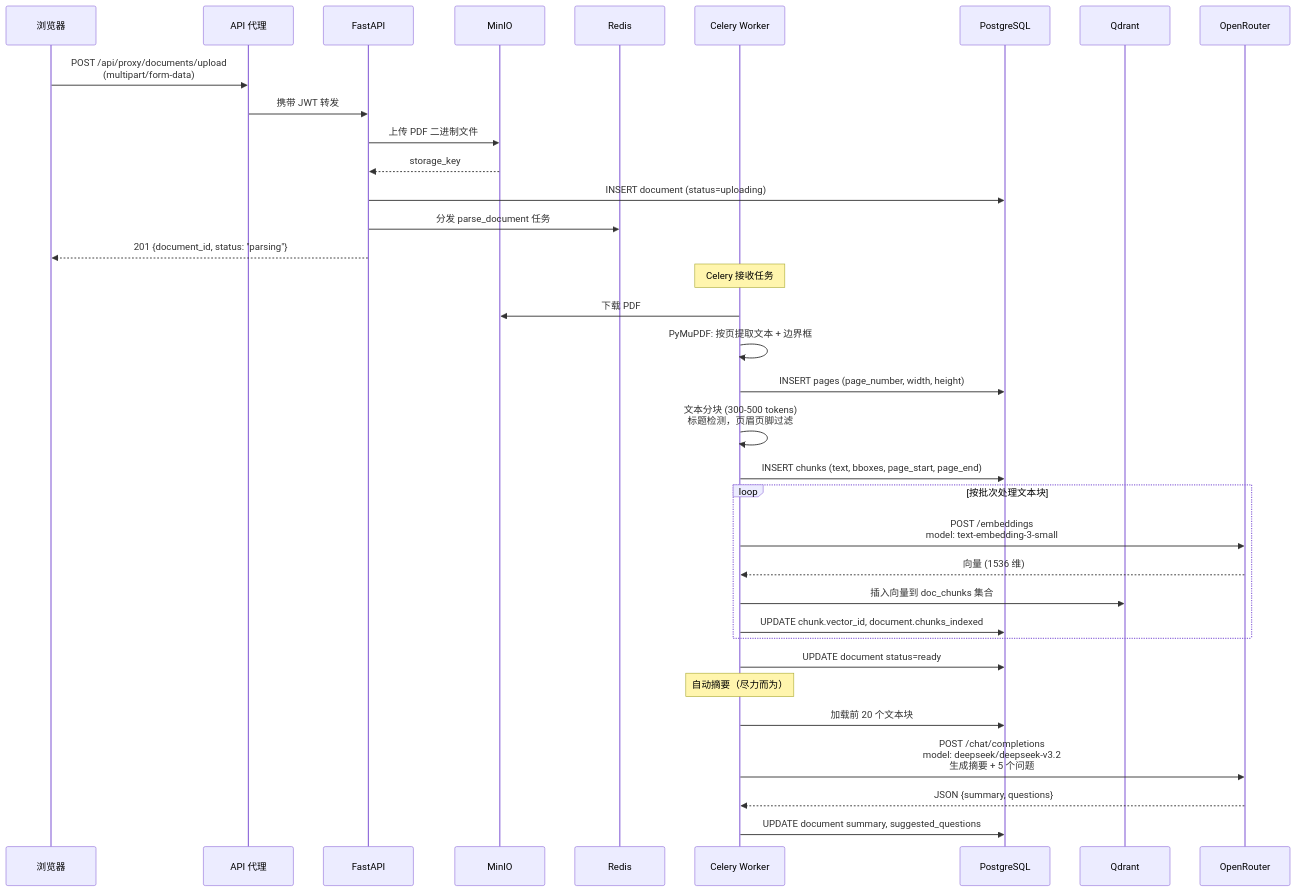
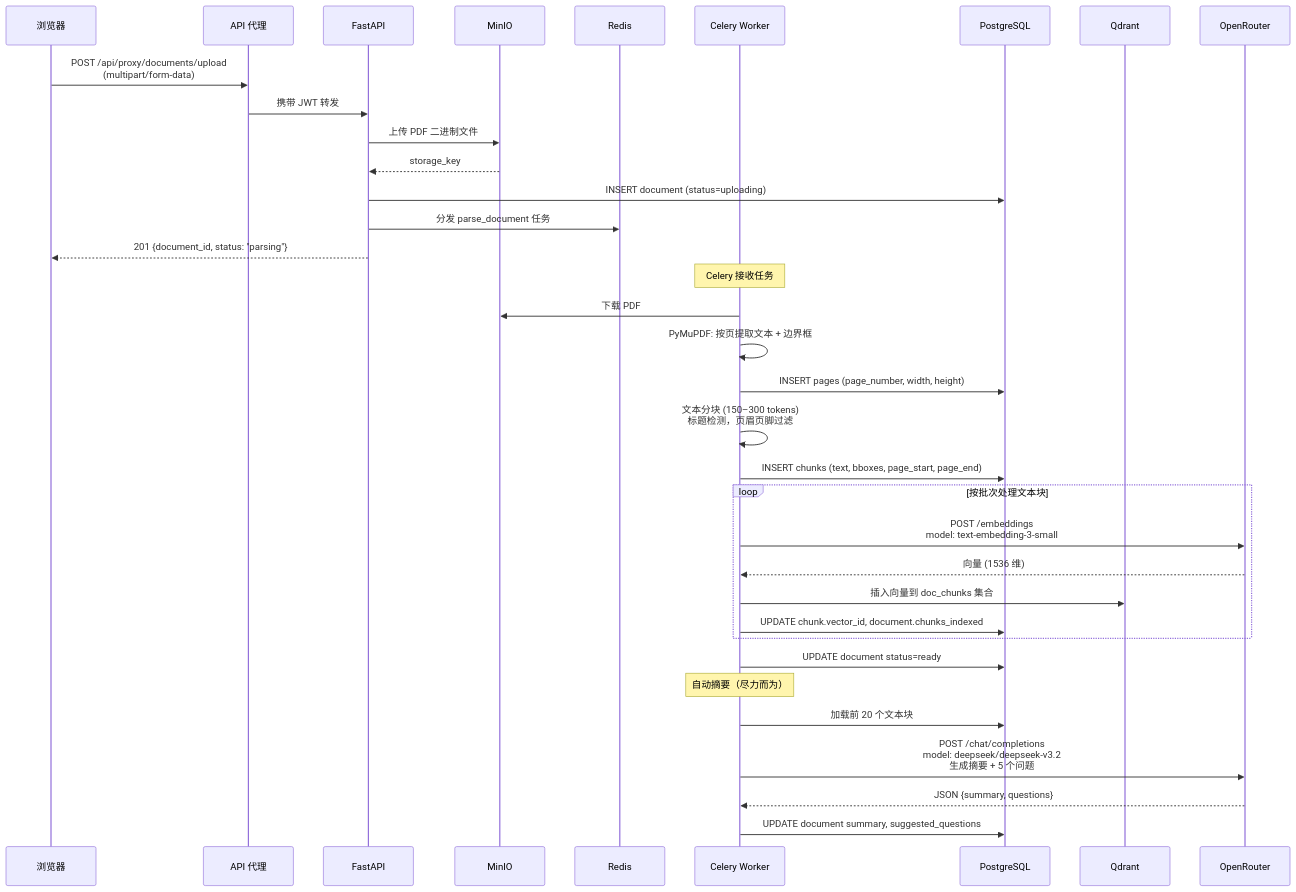
Before and after one commit to Rswcf/DocTalk: the second of 8 diagrams in docs/ARCHITECTURE.zh.md, drawn with Mermaid. The commit also changed other lines of this file and 14 other files, not shown here.

````diff
--- a/docs/ARCHITECTURE.zh.md
+++ b/docs/ARCHITECTURE.zh.md
@@ -82,42 +82,42 @@
 ```mermaid
 sequenceDiagram
     participant B as 浏览器
     participant P as API 代理
     participant API as FastAPI
     participant S3 as MinIO
     participant R as Redis
     participant W as Celery Worker
     participant DB as PostgreSQL
     participant Q as Qdrant
     participant OR as OpenRouter
 
     B->>P: POST /api/proxy/documents/upload<br/>(multipart/form-data)
     P->>API: 携带 JWT 转发
     API->>S3: 上传 PDF 二进制文件
     S3-->>API: storage_key
     API->>DB: INSERT document (status=uploading)
     API->>R: 分发 parse_document 任务
     API-->>B: 201 {document_id, status: "parsing"}
 
     Note over W: Celery 接收任务
     W->>S3: 下载 PDF
     W->>W: PyMuPDF: 按页提取文本 + 边界框
     W->>DB: INSERT pages (page_number, width, height)
-    W->>W: 文本分块 (300-500 tokens)<br/>标题检测，页眉页脚过滤
+    W->>W: 文本分块 (150–300 tokens)<br/>标题检测，页眉页脚过滤
     W->>DB: INSERT chunks (text, bboxes, page_start, page_end)
 
     loop 按批次处理文本块
         W->>OR: POST /embeddings<br/>model: text-embedding-3-small
         OR-->>W: 向量 (1536 维)
         W->>Q: 插入向量到 doc_chunks 集合
         W->>DB: UPDATE chunk.vector_id, document.chunks_indexed
     end
 
     W->>DB: UPDATE document status=ready
 
     Note over W: 自动摘要（尽力而为）
     W->>DB: 加载前 20 个文本块
     W->>OR: POST /chat/completions<br/>model: deepseek/deepseek-v3.2<br/>生成摘要 + 5 个问题
     OR-->>W: JSON {summary, questions}
     W->>DB: UPDATE document summary, suggested_questions
 ```
````
